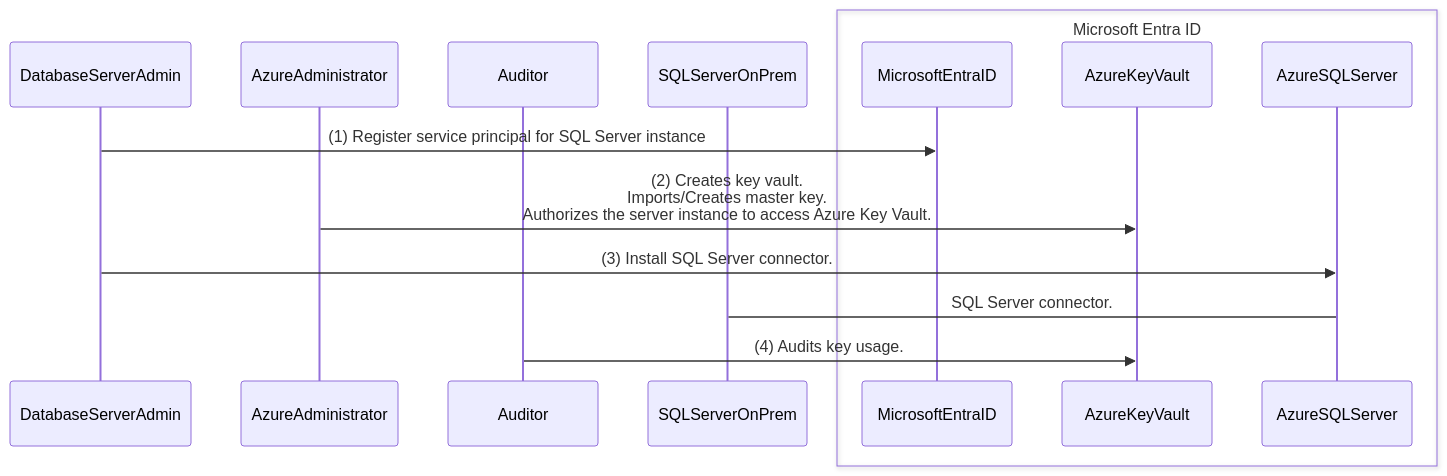
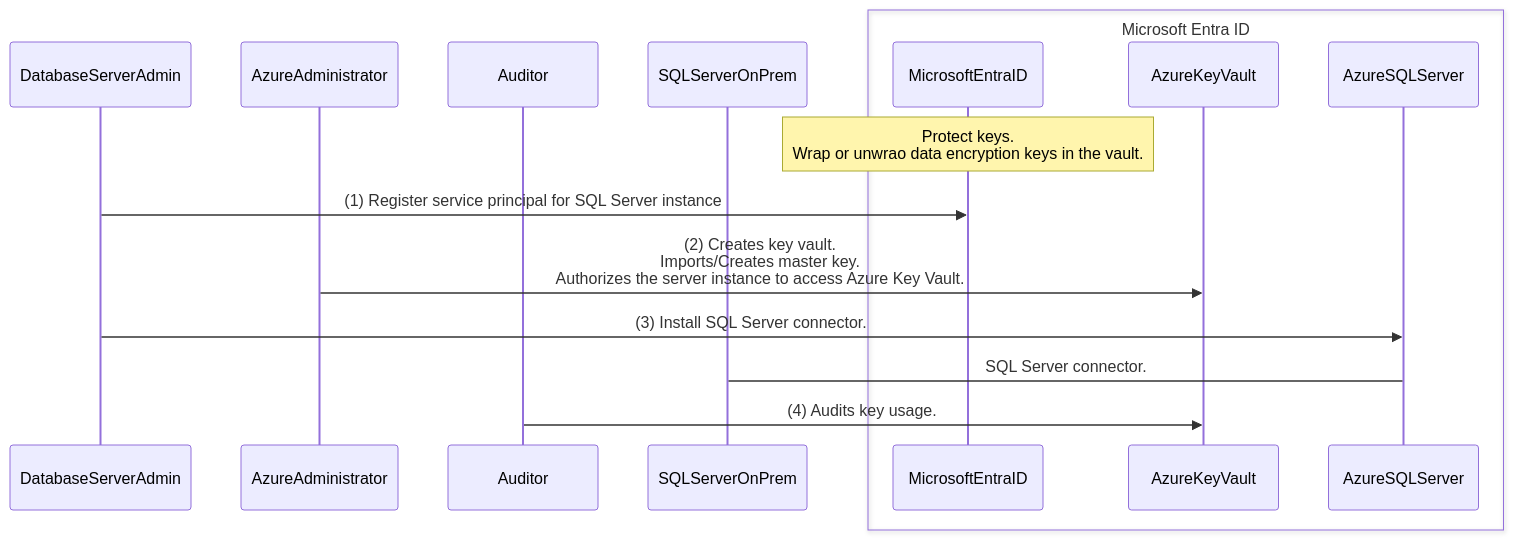
The diagram in README.md (sonnyayran/dac-mermaid), drawn with Mermaid before and after one commit.

````diff
--- a/README.md
+++ b/README.md
@@ -47,18 +47,19 @@
 ```mermaid
 sequenceDiagram
     participant DatabaseServerAdmin
     participant AzureAdministrator
     participant Auditor
     participant SQLServerOnPrem
     box Microsoft Entra ID  
         participant MicrosoftEntraID
         participant AzureKeyVault
         participant AzureSQLServer
     end
+    note over MicrosoftEntraID: Protect keys.<br/> Wrap or unwrao data encryption keys in the vault.
     DatabaseServerAdmin->>MicrosoftEntraID: (1) Register service principal for SQL Server instance
     AzureAdministrator->>AzureKeyVault: (2) Creates key vault.<br/> Imports/Creates master key.<br/> Authorizes the server instance to access Azure Key Vault.
     DatabaseServerAdmin->>AzureSQLServer: (3) Install SQL Server connector.
     SQLServerOnPrem->AzureSQLServer: SQL Server connector.
     Auditor->>AzureKeyVault: (4) Audits key usage.
 
 ```
````
